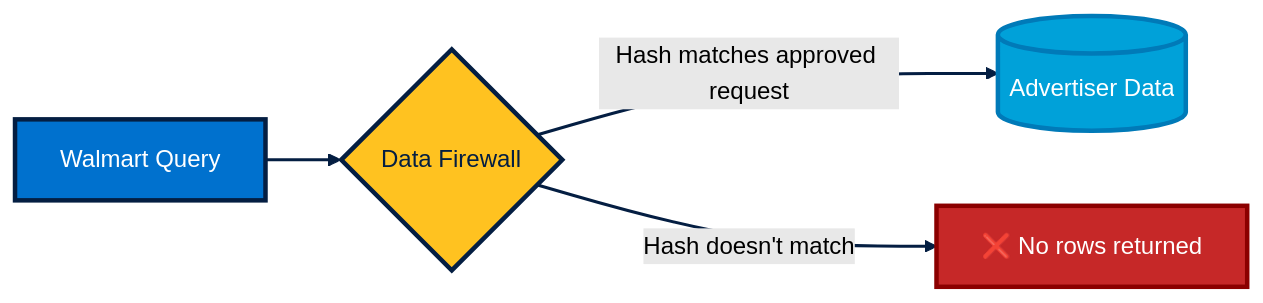
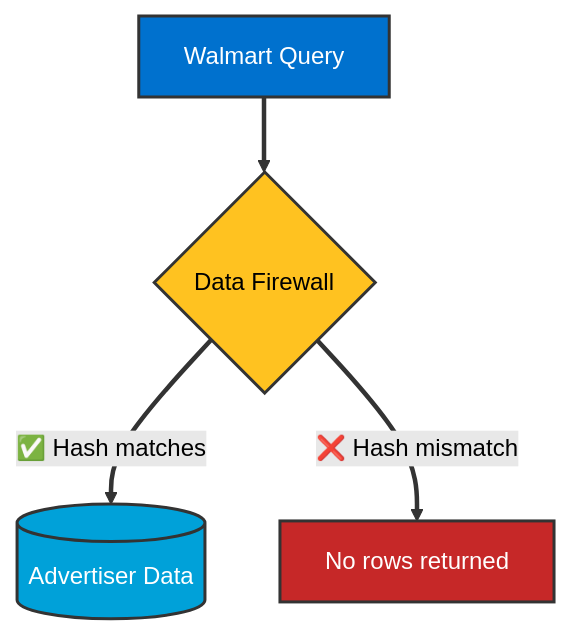
Before and after one commit to sfc-gh-vshiv/sfquickstart-data-clean-room: the fourth of 4 diagrams in DCR_Flow_and_Cost_Guide_WMT.md, drawn with Mermaid (forest theme). The commit also changed other lines of this file and 1 other file, not shown here.

Commit message:
Refactor DCR Flow and Cost Guide Mermaid diagrams for improved layout and clarity, including updates to styles and connections for better visual representation of data flow between provider and consumer accounts.

````diff
--- a/DCR_Flow_and_Cost_Guide_WMT.md
+++ b/DCR_Flow_and_Cost_Guide_WMT.md
@@ -160,13 +162,13 @@
 ```mermaid
-flowchart LR
-    Q[Walmart Query] --> DF{Data Firewall}
-    DF -->|Hash matches approved request| D[(Advertiser Data)]
-    DF -->|Hash doesn't match| X[❌ No rows returned]
+flowchart TB
+    Q[Walmart Query] ==> DF{Data Firewall}
+    DF ==>|"✅ Hash matches"| D[(Advertiser Data)]
+    DF ==>|"❌ Hash mismatch"| X[No rows returned]
     
-    style Q fill:#0071ce,stroke:#041e42,stroke-width:3px,color:#fff
-    style DF fill:#ffc220,stroke:#041e42,stroke-width:3px,color:#041e42
-    style D fill:#00A1D9,stroke:#007ab8,stroke-width:3px,color:#fff
-    style X fill:#c62828,stroke:#8b0000,stroke-width:3px,color:#fff
+    style Q fill:#0071ce,stroke:#333,stroke-width:2px,color:#fff
+    style DF fill:#ffc220,stroke:#333,stroke-width:2px,color:#000
+    style D fill:#00A1D9,stroke:#333,stroke-width:2px,color:#fff
+    style X fill:#c62828,stroke:#333,stroke-width:2px,color:#fff
     
-    linkStyle default stroke:#041e42,stroke-width:2px
+    linkStyle default stroke:#333,stroke-width:3px
 ```
````
